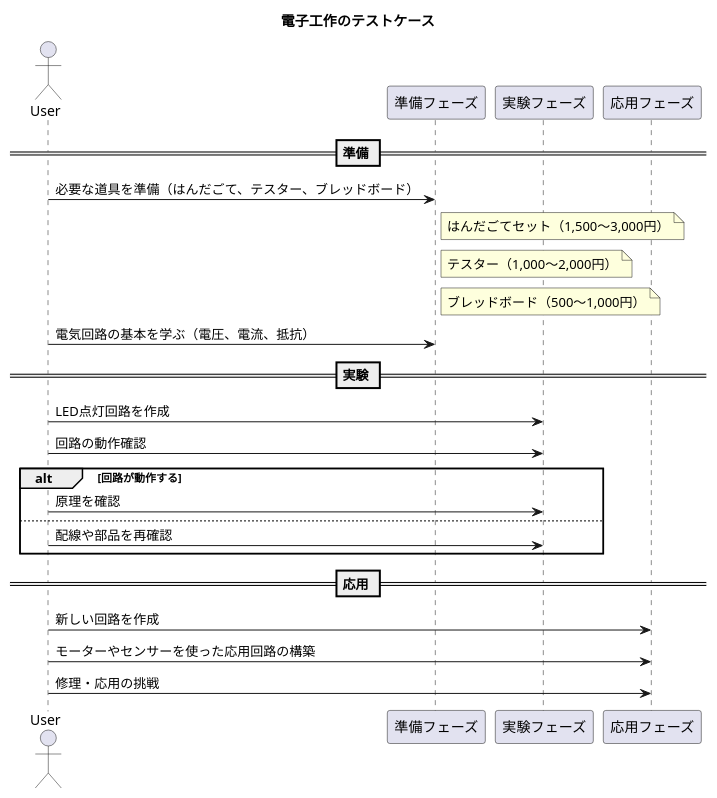
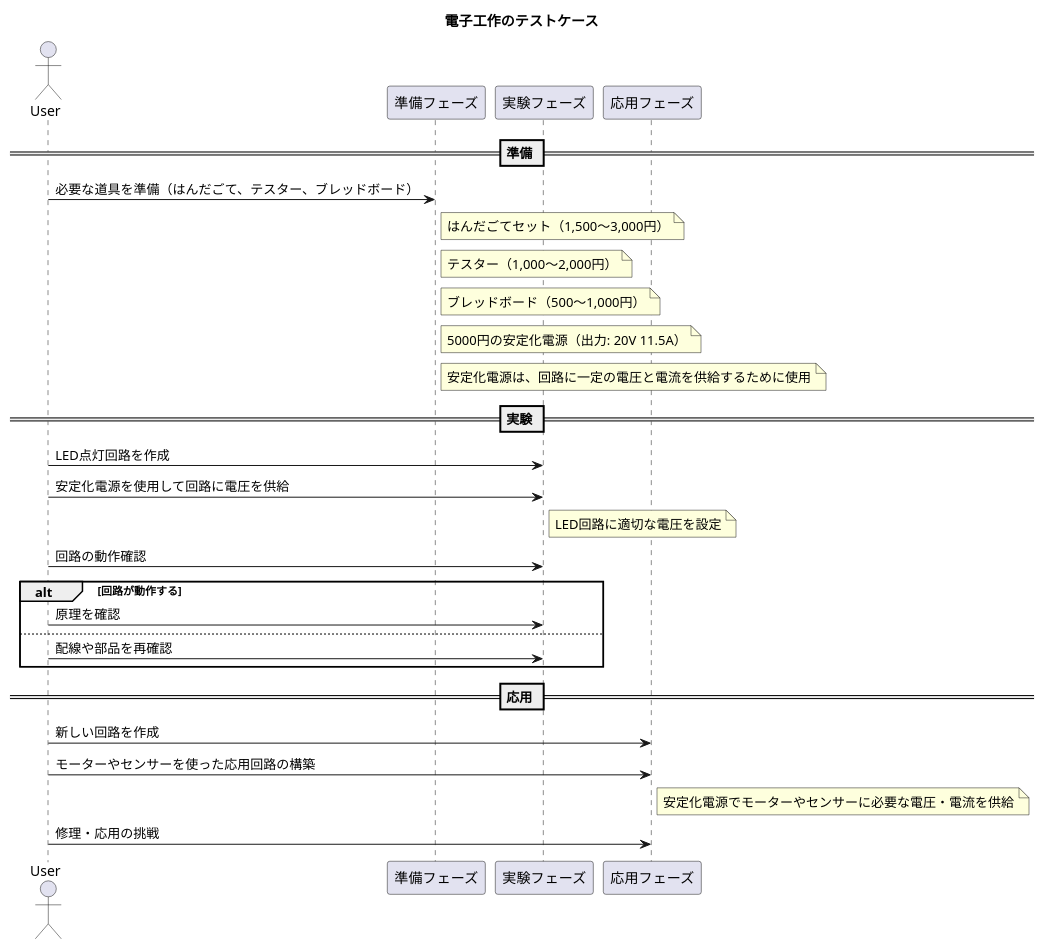
One commit to coacoa/images changed the diagram in acdc_howto1.pu. Above: the diagram before and after it, drawn with PlantUML.

```diff
--- a/acdc_howto1.pu
+++ b/acdc_howto1.pu
@@ -1,31 +1,35 @@
 @startuml
 title 電子工作のテストケース
 
 actor User
 
 participant "準備フェーズ" as Prep
 participant "実験フェーズ" as Experiment
 participant "応用フェーズ" as Apply
 
 == 準備 ==
 User -> Prep : 必要な道具を準備（はんだごて、テスター、ブレッドボード）
 note right of Prep : はんだごてセット（1,500〜3,000円）
 note right of Prep : テスター（1,000〜2,000円）
 note right of Prep : ブレッドボード（500〜1,000円）
-User -> Prep : 電気回路の基本を学ぶ（電圧、電流、抵抗）
+note right of Prep : 5000円の安定化電源（出力: 20V 11.5A）
+note right of Prep : 安定化電源は、回路に一定の電圧と電流を供給するために使用
 
 == 実験 ==
 User -> Experiment : LED点灯回路を作成
+User -> Experiment : 安定化電源を使用して回路に電圧を供給
+note right of Experiment : LED回路に適切な電圧を設定
 User -> Experiment : 回路の動作確認
 alt 回路が動作する
   User -> Experiment : 原理を確認
 else
   User -> Experiment : 配線や部品を再確認
 end
 
 == 応用 ==
 User -> Apply : 新しい回路を作成
 User -> Apply : モーターやセンサーを使った応用回路の構築
+note right of Apply : 安定化電源でモーターやセンサーに必要な電圧・電流を供給
 User -> Apply : 修理・応用の挑戦
 
 @enduml
```
